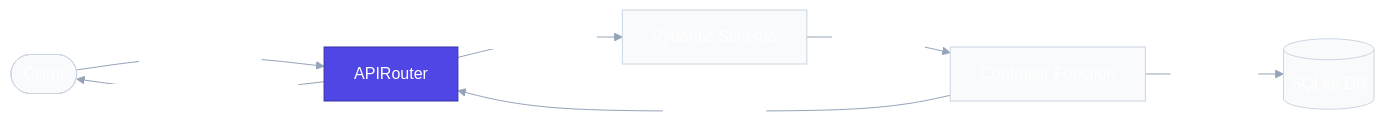
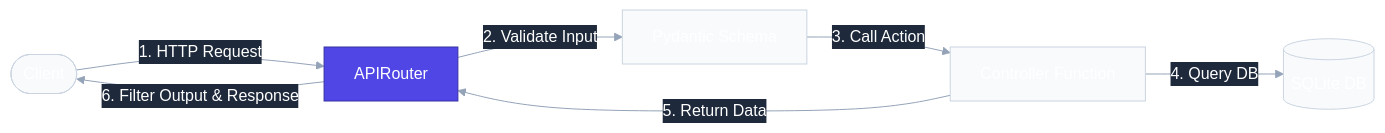
One commit to nakul-cloud/ecommerce-api changed the diagram in app/routes/README.md. Above: the diagram before and after it, drawn with Mermaid. The commit also changed 6 other files, not shown here.

````diff
--- a/app/routes/README.md
+++ b/app/routes/README.md
@@ -41,12 +41,12 @@
 ```mermaid
-%%{init: {'theme': 'base', 'themeVariables': {'primaryColor': '#4f46e5', 'primaryTextColor': '#ffffff', 'primaryBorderColor': '#3730a3', 'lineColor': '#94a3b8', 'secondaryColor': '#10b981', 'tertiaryColor': '#f59e0b', 'background': '#ffffff', 'mainBkg': '#f8fafc', 'nodeBorder': '#cbd5e1', 'nodeTextColor': '#1e293b', 'textColor': '#1e293b', 'titleColor': '#1e293b', 'edgeLabelBackground': '#ffffff', 'clusterBkg': '#f1f5f9', 'clusterBorder': '#e2e8f0', 'actorBkg': '#f8fafc', 'actorBorder': '#cbd5e1', 'actorTextColor': '#1e293b', 'signalColor': '#4f46e5', 'signalTextColor': '#1e293b', 'noteBkgColor': '#fef08a', 'noteBorderColor': '#facc15', 'noteTextColor': '#713f12'}}}%%
+%%{init: {'theme': 'base', 'themeVariables': {'primaryColor': '#4f46e5', 'primaryTextColor': '#ffffff', 'primaryBorderColor': '#3730a3', 'lineColor': '#94a3b8', 'secondaryColor': '#10b981', 'tertiaryColor': '#f59e0b', 'background': '#ffffff', 'mainBkg': '#f8fafc', 'nodeBorder': '#cbd5e1', 'nodeTextColor': '#1e293b', 'textColor': '#ffffff', 'titleColor': '#ffffff', 'edgeLabelBackground': '#1e293b', 'clusterBkg': '#f1f5f9', 'clusterBorder': '#e2e8f0', 'actorBkg': '#f8fafc', 'actorBorder': '#cbd5e1', 'actorTextColor': '#1e293b', 'signalColor': '#4f46e5', 'signalTextColor': '#ffffff', 'noteBkgColor': '#fef08a', 'noteBorderColor': '#facc15', 'noteTextColor': '#713f12'}}}%%
 flowchart LR
     Client([Client]) -->|1. HTTP Request| Router[APIRouter]
     Router -->|2. Validate Input| Schema[Pydantic Schema]
     Schema -->|3. Call Action| Controller[Controller Function]
     Controller -->|4. Query DB| DB[(SQLite DB)]
     Controller -->|5. Return Data| Router
     Router -->|6. Filter Output & Response| Client
     
     style Router fill:#4f46e5,stroke:#3730a3,color:#ffffff
 ```
````
